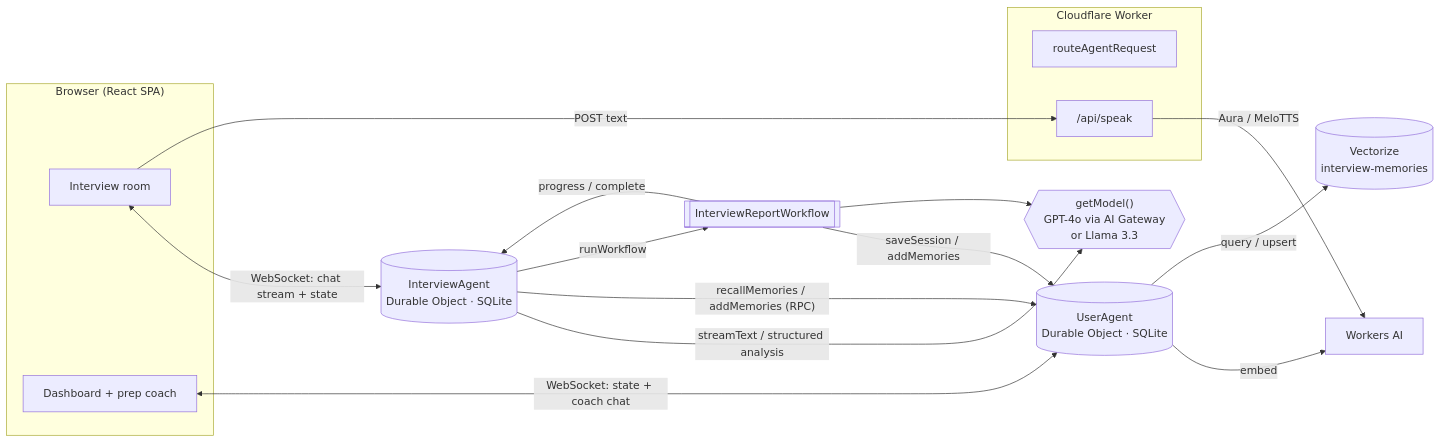
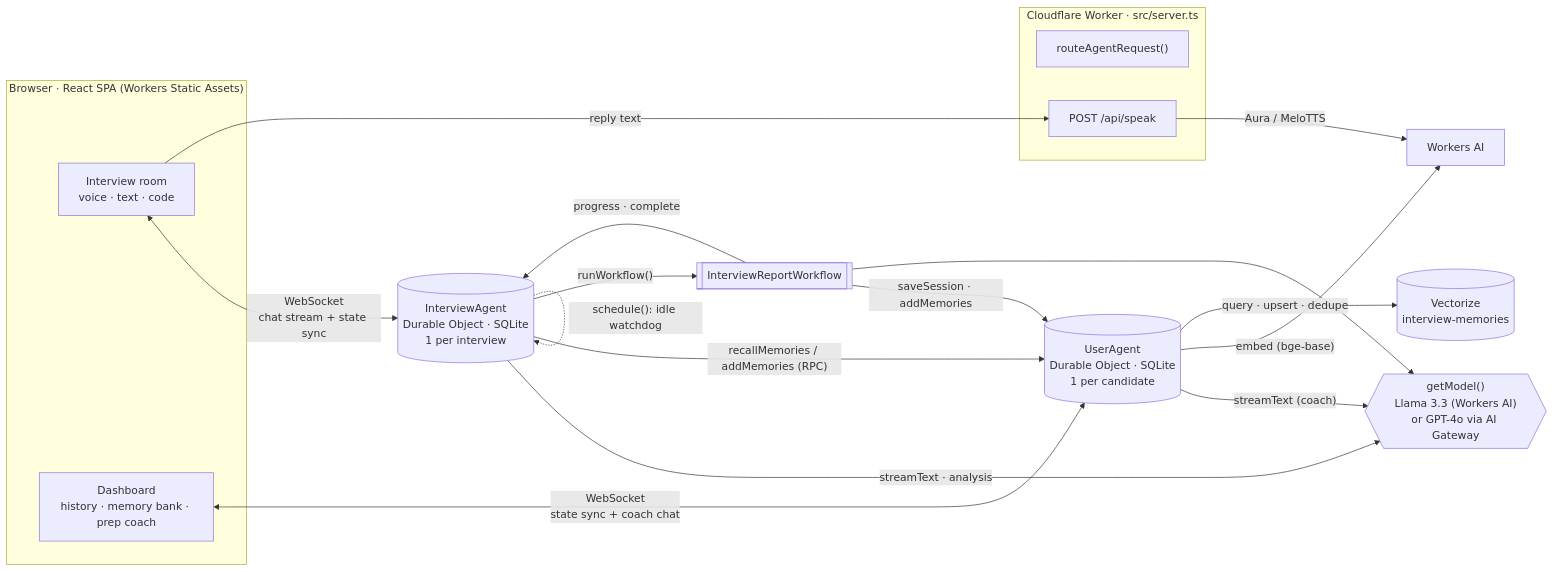
One commit to PratimeshTiwari/cf_ai_agentic_interview_mate changed the first of 2 diagrams in README.md. Above: the diagram before and after it, drawn with Mermaid. The commit also changed other lines of this file and 3 other files, not shown here.

First line of the commit message:
docs: expand README with Cloudflare services, models, flows and screenshots

````diff
--- a/README.md
+++ b/README.md
@@ -22,25 +91,27 @@
 ```mermaid
 flowchart LR
-  subgraph Browser["Browser (React SPA)"]
-    IR[Interview room]
-    DB[Dashboard + prep coach]
+  subgraph Browser["Browser · React SPA (Workers Static Assets)"]
+    IR["Interview room<br/>voice · text · code"]
+    DB["Dashboard<br/>history · memory bank · prep coach"]
   end
 
-  subgraph Worker["Cloudflare Worker"]
-    R[routeAgentRequest]
-    TTS["/api/speak"]
+  subgraph Worker["Cloudflare Worker · src/server.ts"]
+    R["routeAgentRequest()"]
+    TTS["POST /api/speak"]
   end
 
-  IR <-- WebSocket: chat stream + state --> IA[(InterviewAgent<br/>Durable Object · SQLite)]
-  DB <-- WebSocket: state + coach chat --> UA[(UserAgent<br/>Durable Object · SQLite)]
-  IR -- POST text --> TTS -- Aura / MeloTTS --> WAI[Workers AI]
+  IR <-- "WebSocket<br/>chat stream + state sync" --> IA[("InterviewAgent<br/>Durable Object · SQLite<br/>1 per interview")]
+  DB <-- "WebSocket<br/>state sync + coach chat" --> UA[("UserAgent<br/>Durable Object · SQLite<br/>1 per candidate")]
+  IR -- "reply text" --> TTS -- "Aura / MeloTTS" --> WAI["Workers AI"]
 
-  IA -- streamText / structured analysis --> LLM{{"getModel()<br/>GPT-4o via AI Gateway<br/>or Llama 3.3"}}
-  IA -- recallMemories / addMemories (RPC) --> UA
-  UA -- embed --> WAI
-  UA -- query / upsert --> VZ[(Vectorize<br/>interview-memories)]
-  IA -- runWorkflow --> WF[[InterviewReportWorkflow]]
-  WF -- progress / complete --> IA
-  WF -- saveSession / addMemories --> UA
+  IA -- "streamText · analysis" --> LLM{{"getModel()<br/>Llama 3.3 (Workers AI)<br/>or GPT-4o via AI Gateway"}}
+  UA -- "streamText (coach)" --> LLM
+  IA -- "recallMemories / addMemories (RPC)" --> UA
+  UA -- "embed (bge-base)" --> WAI
+  UA -- "query · upsert · dedupe" --> VZ[("Vectorize<br/>interview-memories")]
+  IA -- "runWorkflow()" --> WF[["InterviewReportWorkflow"]]
+  WF -- "progress · complete" --> IA
+  WF -- "saveSession · addMemories" --> UA
   WF --> LLM
+  IA -. "schedule(): idle watchdog" .-> IA
 ```
````
